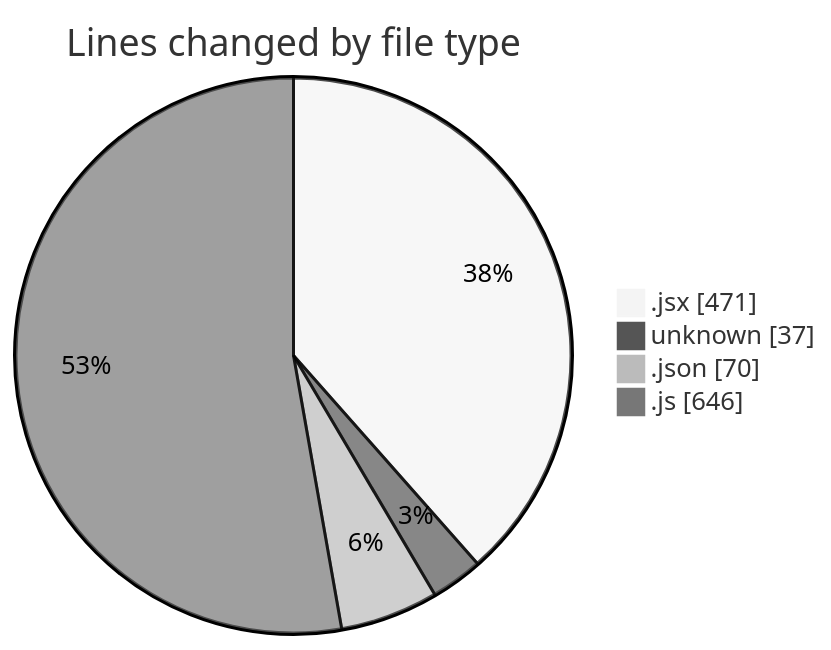
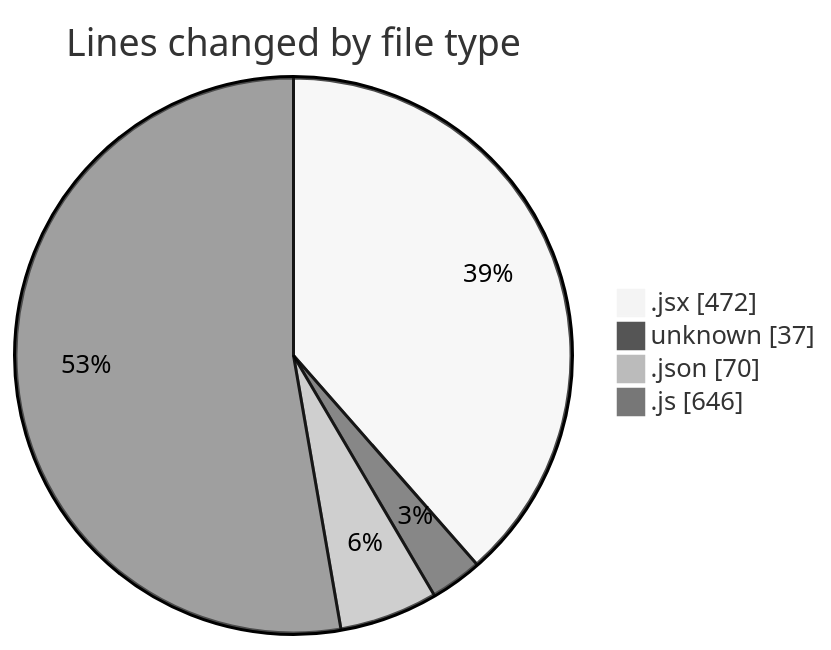
One commit to Elitesun/code-tracking changed the first of 2 diagrams in 2025-02-08/react_ecom/README.md. Above: the diagram before and after it, drawn with Mermaid (neutral theme). The commit also changed other lines of this file and 1 other file, not shown here.

````diff
--- a/2025-02-08/react_ecom/README.md
+++ b/2025-02-08/react_ecom/README.md
@@ -28,8 +28,8 @@
 ```mermaid
 pie showData
 title Lines changed by file type
-".jsx" : 471
+".jsx" : 472
 "unknown" : 37
 ".json" : 70
 ".js" : 646
 ```
````
